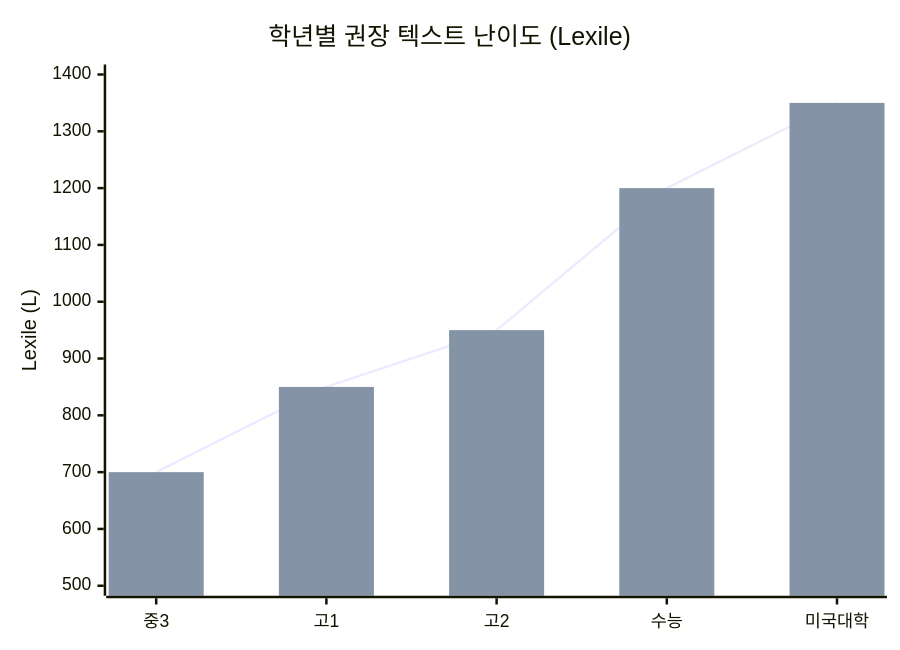
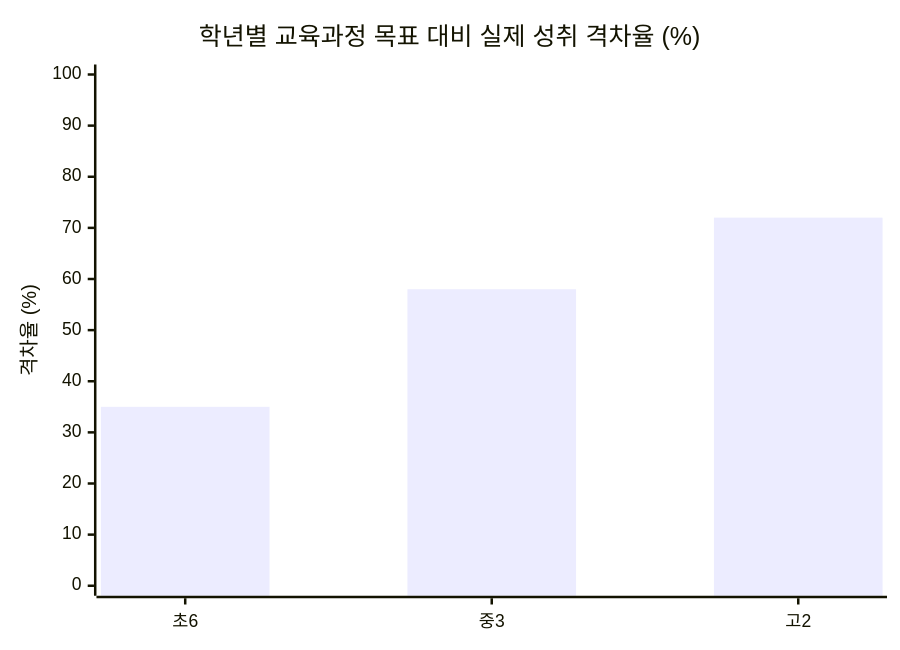
The fourth of 36 diagrams in SLIDES_GAP_TO_PROGRESS.md (smilepat/myprojects), drawn with Mermaid before and after one commit. The commit also changed other lines of this file and 6 other files, not shown here.

First line of the commit message:
feat(slides): expand from 19 to 36 charts + PDCA tracking (#1)

````diff
--- a/SLIDES_GAP_TO_PROGRESS.md
+++ b/SLIDES_GAP_TO_PROGRESS.md
@@ -27,8 +97,7 @@
 ```mermaid
 xychart-beta
-    title "학년별 권장 텍스트 난이도 (Lexile)"
-    x-axis ["중3","고1","고2","수능","미국대학"]
-    y-axis "Lexile (L)" 500 --> 1400
-    line [700, 850, 950, 1200, 1350]
-    bar  [700, 850, 950, 1200, 1350]
+    title "학년별 교육과정 목표 대비 실제 성취 격차율 (%)"
+    x-axis ["초6","중3","고2"]
+    y-axis "격차율 (%)" 0 --> 100
+    bar [35, 58, 72]
 ```
````
